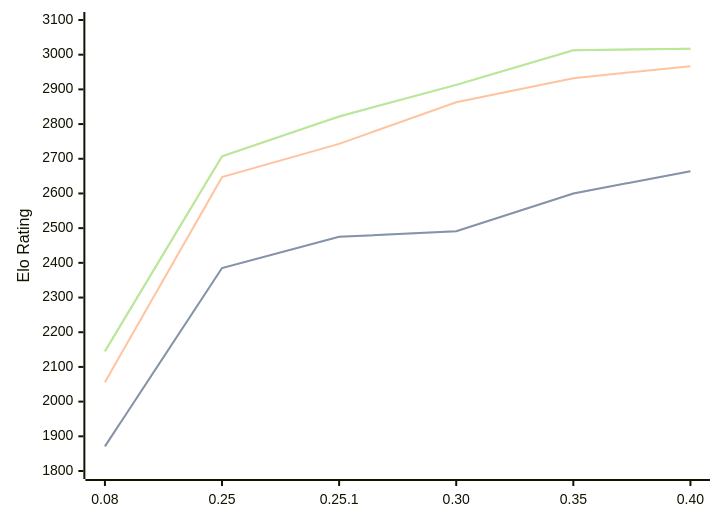
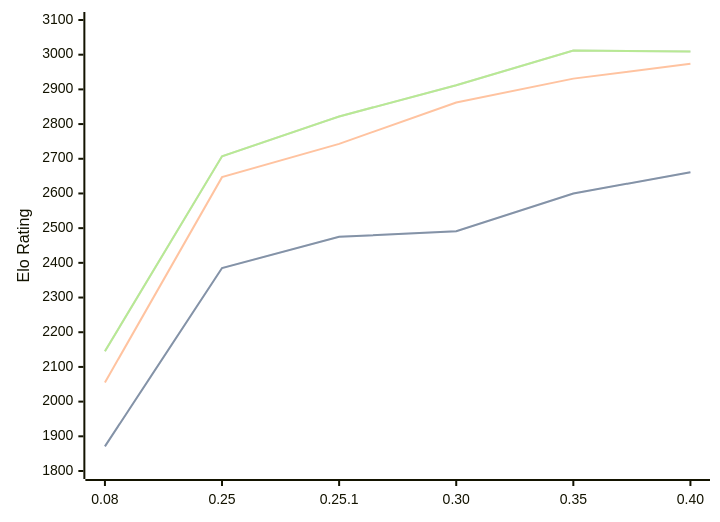
The third of 3 diagrams in engines/Gecko.md (computer-chess-index/cci), drawn with Mermaid before and after one commit. The commit also changed other lines of this file, not shown here.

Commit message:
Update CCI Ratings (ELO VLTC) - 2026-06-19

````diff
--- a/engines/Gecko.md
+++ b/engines/Gecko.md
@@ -69,11 +69,11 @@
 ```mermaid
 %%{init: {"theme":"base","themeVariables":{"seriesColors:['#a3a3a3','#222221','#faa371']}}}%%
 xychart-beta
   x-axis ["0.08", "0.25", "0.25.1", "0.30", "0.35", "0.40"]
   y-axis "Elo Rating" 1800 --> 3100
-  line "STC (8.0+0.08s)" [1871, 2385, 2475, 2491, 2600, 2664]
-  line "STC (8.0+0.08s)" [1871, 2385, 2475, 2491, 2600, 2664]
-  line "LTC (60.0+0.60s)" [2056, 2647, 2743, 2863, 2932, 2967]
-  line "VLTC (2m24s+1.12s)" [2145, 2707, 2822, 2913, 3013, 3017]
-  line "VLTC (2m24s+1.12s)" [2145, 2707, 2822, 2913, 3013, 3017]
+  line "STC (8.0+0.08s)" [1871, 2385, 2475, 2491, 2600, 2661]
+  line "STC (8.0+0.08s)" [1871, 2385, 2475, 2491, 2600, 2661]
+  line "LTC (60.0+0.60s)" [2055, 2647, 2743, 2862, 2931, 2974]
+  line "VLTC (2m24s+1.12s)" [2145, 2707, 2822, 2912, 3012, 3009]
+  line "VLTC (2m24s+1.12s)" [2145, 2707, 2822, 2912, 3012, 3009]
 ```
````
